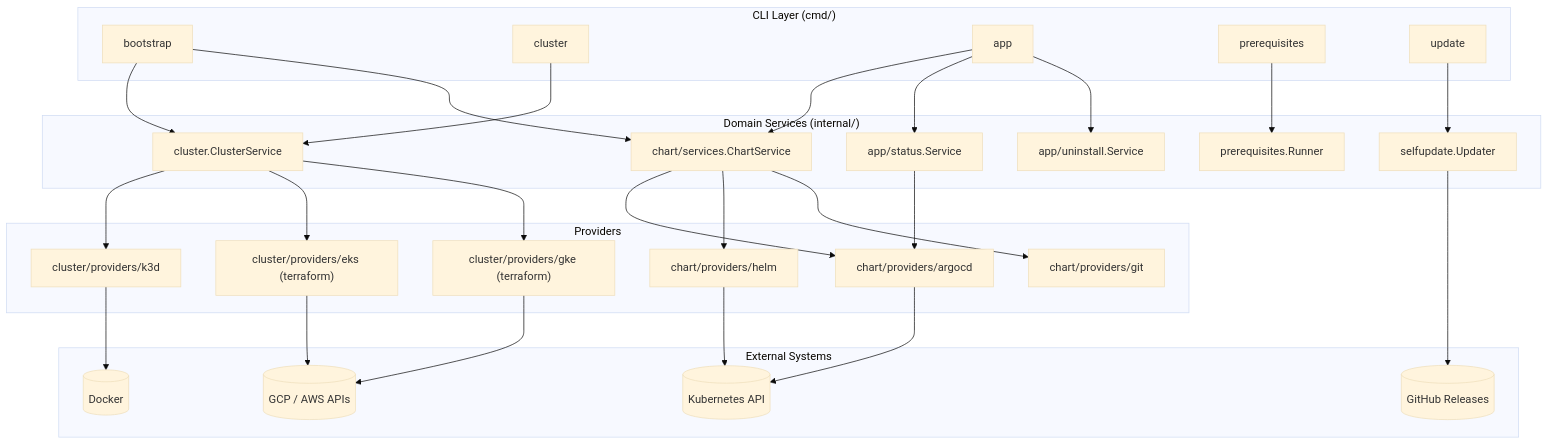
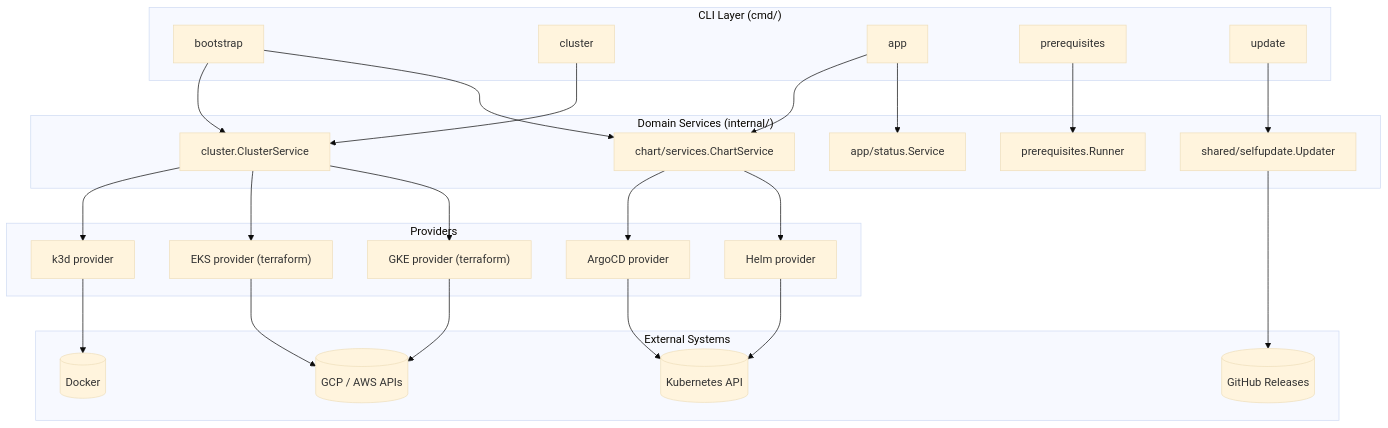
One commit to flamingo-stack/openframe-cli changed the first of 3 diagrams in docs/reference/architecture/overview.md. Above: the diagram before and after it, drawn with Mermaid (base theme). The commit also changed other lines of this file and 27 other files, not shown here.

````diff
--- a/docs/reference/architecture/overview.md
+++ b/docs/reference/architecture/overview.md
@@ -17,59 +15,54 @@
 ```mermaid
 graph TB
-    subgraph "CLI Layer (cmd/)"
+    subgraph cliLayer["CLI Layer (cmd/)"]
         Bootstrap[bootstrap]
         Cluster[cluster]
         App[app]
         Prereq[prerequisites]
         Update[update]
     end
 
-    subgraph "Domain Services (internal/)"
+    subgraph domainLayer["Domain Services (internal/)"]
         ClusterSvc["cluster.ClusterService"]
         ChartSvc["chart/services.ChartService"]
         AppStatus["app/status.Service"]
-        AppUninstall["app/uninstall.Service"]
         PrereqFw["prerequisites.Runner"]
-        SelfUpdate["selfupdate.Updater"]
+        SelfUpdate["shared/selfupdate.Updater"]
     end
 
-    subgraph "Providers"
-        K3d["cluster/providers/k3d"]
-        EKS["cluster/providers/eks (terraform)"]
-        GKE["cluster/providers/gke (terraform)"]
-        ArgoCD["chart/providers/argocd"]
-        Helm["chart/providers/helm"]
-        Git["chart/providers/git"]
+    subgraph providerLayer["Providers"]
+        K3d["k3d provider"]
+        EKS["EKS provider (terraform)"]
+        GKE["GKE provider (terraform)"]
+        ArgoCD["ArgoCD provider"]
+        Helm["Helm provider"]
     end
 
-    subgraph "External Systems"
-        Docker[(Docker)]
-        K8sAPI[(Kubernetes API)]
-        CloudAPI[(GCP / AWS APIs)]
-        GitHub[(GitHub Releases)]
+    subgraph externalLayer["External Systems"]
+        Docker[("Docker")]
+        K8sAPI[("Kubernetes API")]
+        CloudAPI[("GCP / AWS APIs")]
+        GitHubRel[("GitHub Releases")]
     end
 
     Bootstrap --> ClusterSvc
     Bootstrap --> ChartSvc
     Cluster --> ClusterSvc
     App --> ChartSvc
     App --> AppStatus
-    App --> AppUninstall
     Prereq --> PrereqFw
     Update --> SelfUpdate
 
     ClusterSvc --> K3d
     ClusterSvc --> EKS
     ClusterSvc --> GKE
     ChartSvc --> ArgoCD
     ChartSvc --> Helm
-    ChartSvc --> Git
-    AppStatus --> ArgoCD
 
     K3d --> Docker
     EKS --> CloudAPI
     GKE --> CloudAPI
     ArgoCD --> K8sAPI
     Helm --> K8sAPI
-    SelfUpdate --> GitHub
+    SelfUpdate --> GitHubRel
 ```
````
